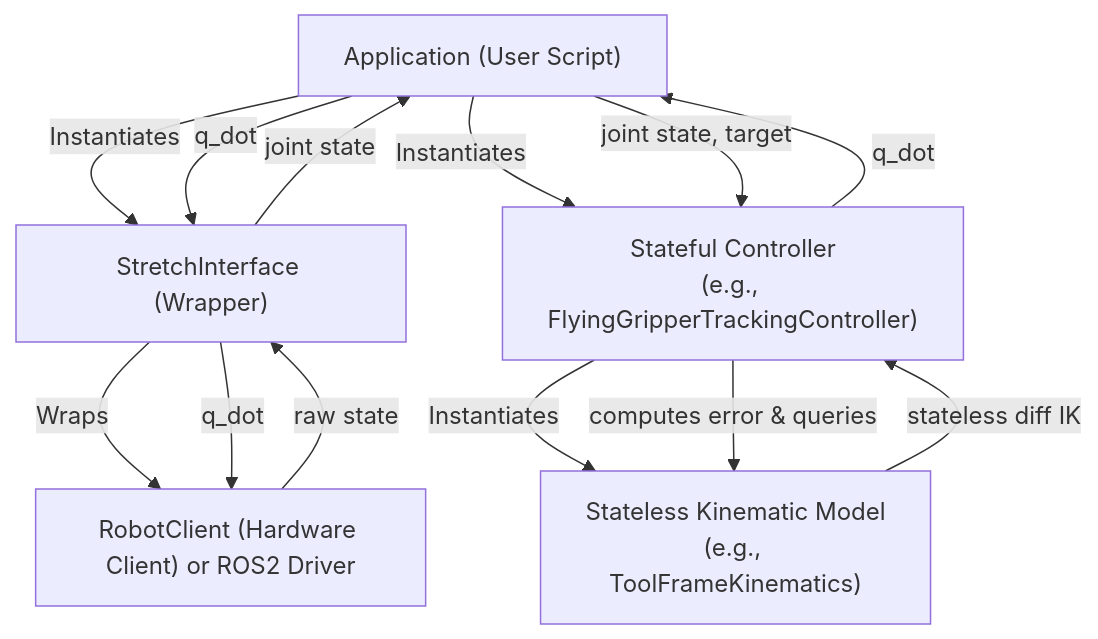
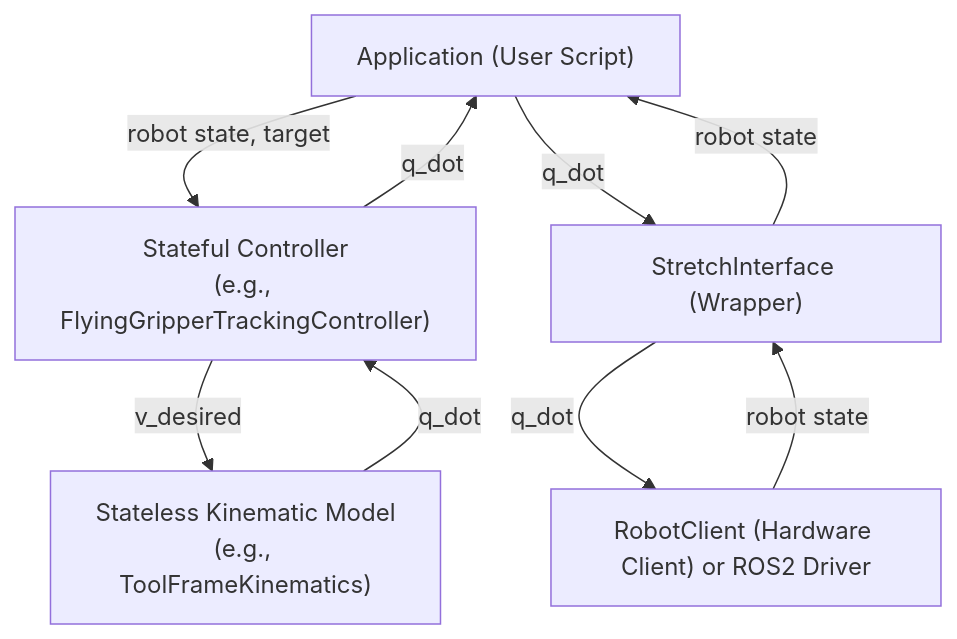
One commit to hello-robot/stretch4_kinematics changed the first of 2 diagrams in README.md. Above: the diagram before and after it, drawn with Mermaid. The commit also changed other lines of this file, not shown here.

````diff
--- a/README.md
+++ b/README.md
@@ -47,24 +47,18 @@
 ```mermaid
 graph TD
     App["Application (User Script)"]
     IF["StretchInterface (Wrapper)"]
     RC["RobotClient (Hardware Client) or ROS2 Driver"]
     Ctrl["Stateful Controller<br/>(e.g., FlyingGripperTrackingController)"]
     Kin["Stateless Kinematic Model<br/>(e.g., ToolFrameKinematics)"]
 
-    %% Instantiation & Dependency
-    App -->|Instantiates| IF
-    IF -->|Wraps| RC
-    App -->|Instantiates| Ctrl
-    Ctrl -->|Instantiates| Kin
-
     %% Data Flow
-    RC -->|raw state| IF
-    IF -->|joint state| App
-    App -->|joint state, target| Ctrl
-    Ctrl -->|computes error & queries| Kin
-    Kin -->|stateless diff IK| Ctrl
+    RC -->|robot state| IF
+    IF -->|robot state| App
+    App -->|robot state, target| Ctrl
+    Ctrl -->|v_desired| Kin
+    Kin -->|q_dot| Ctrl
     Ctrl -->|q_dot| App
     App -->|q_dot| IF
     IF -->|q_dot| RC
 ```
````
